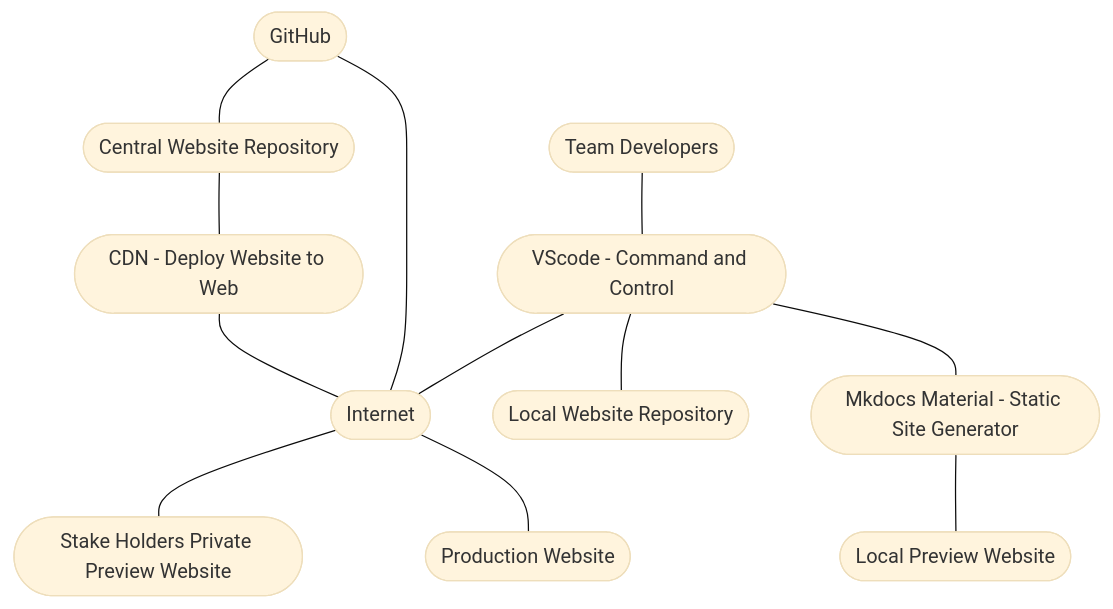
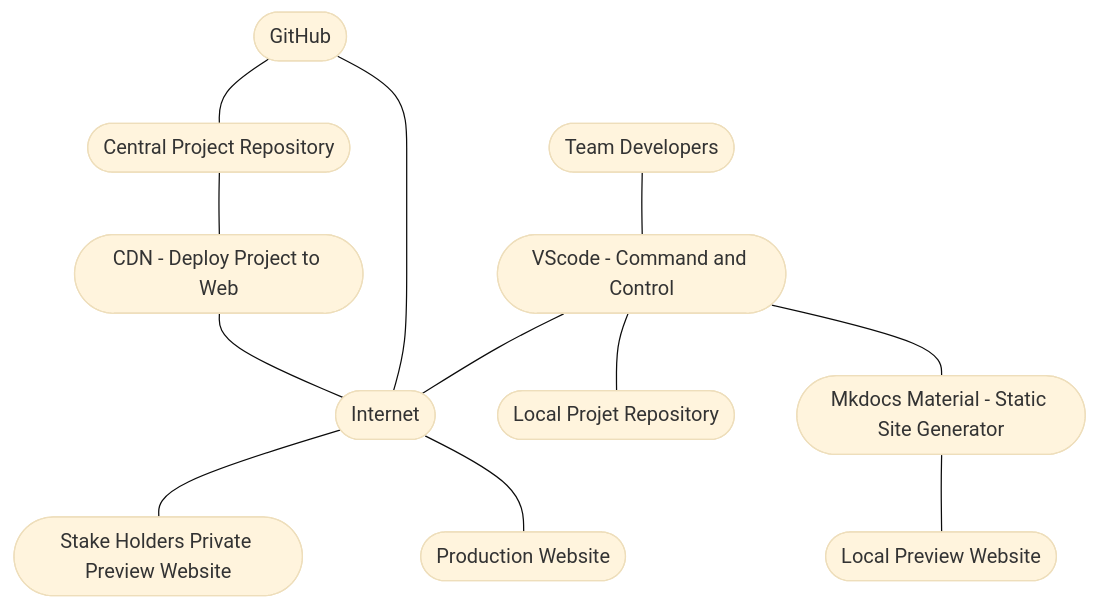
One commit to JohnTelford/mkdocs changed the diagram in docs/dev_stack.md. Above: the diagram before and after it, drawn with Mermaid (base theme). The commit also changed other lines of this file and 34 other files, not shown here.

````diff
--- a/docs/dev_stack.md
+++ b/docs/dev_stack.md
@@ -13,48 +13,48 @@
 ``` mermaid
 flowchart TB
 	
 	crepo --- cdn
 
 	cdn --- net
 
 	dev --- vsc 
 
 	github --- crepo
 
 	github --- net
 	
 	vsc --- lrepo
 	
 	net --- prevweb
 
 	net --- proweb
 
 	vsc --- net
 
 	vsc --- mkd
 
 	mkd --- lpreweb
 
 	dev([Team Developers])
 
-	cdn([CDN - Deploy Website to Web])
+	cdn([CDN - Deploy Project to Web])
 
-	crepo([Central Website Repository])
+	crepo([Central Project Repository])
 
 	github([GitHub]) 
 
-	lrepo([Local Website Repository])
+	lrepo([Local Projet Repository])
 
 	lpreweb([Local Preview Website])
 
 	mkd([Mkdocs Material - Static Site Generator])
 
 	net([Internet]) 
 	
 	prevweb([Stake Holders Private Preview Website])
 
 	proweb([Production Website])
 
 	vsc([VScode - Command and Control]) 
 
 ```
````
